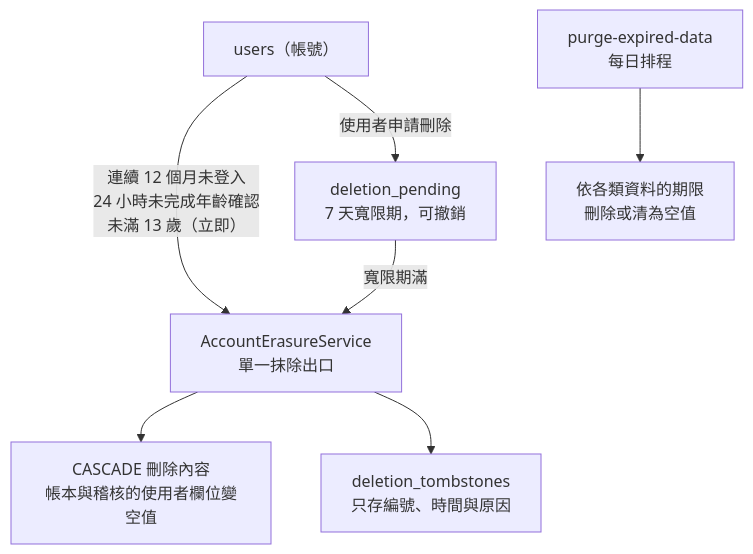
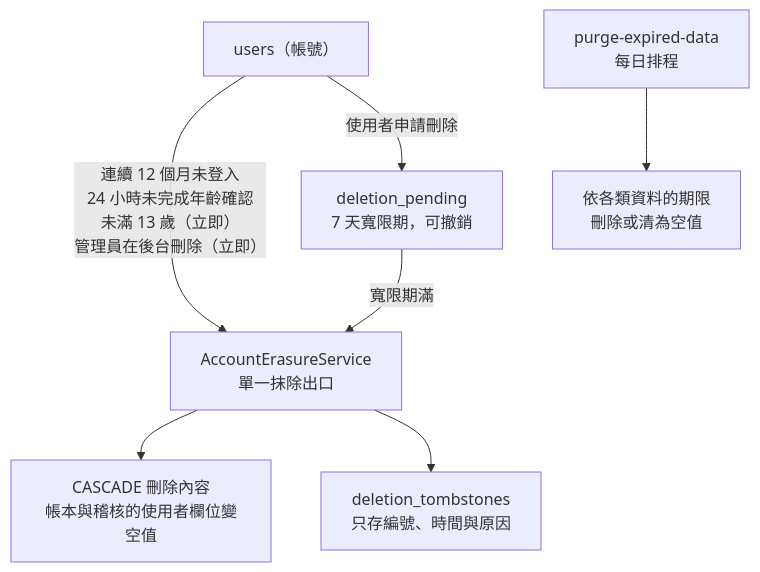
The ninth of 12 diagrams in docs/project資料結構文件.md (pp466pp466/R.A.C), drawn with Mermaid before and after one commit. The commit also changed other lines of this file and 9 other files, not shown here.

````diff
--- a/docs/project資料結構文件.md
+++ b/docs/project資料結構文件.md
@@ -1573,9 +1573,9 @@
 ```mermaid
 flowchart TD
-    Acc["users（帳號）"] -->|"連續 12 個月未登入<br/>24 小時未完成年齡確認<br/>未滿 13 歲（立即）"| Era["AccountErasureService<br/>單一抹除出口"]
+    Acc["users（帳號）"] -->|"連續 12 個月未登入<br/>24 小時未完成年齡確認<br/>未滿 13 歲（立即）<br/>管理員在後台刪除（立即）"| Era["AccountErasureService<br/>單一抹除出口"]
     Acc -->|"使用者申請刪除"| Pend["deletion_pending<br/>7 天寬限期，可撤銷"]
     Pend -->|"寬限期滿"| Era
     Era --> Wipe["CASCADE 刪除內容<br/>帳本與稽核的使用者欄位變空值"]
     Era --> Tomb["deletion_tombstones<br/>只存編號、時間與原因"]
     Purge["purge-expired-data<br/>每日排程"] --> Cut["依各類資料的期限<br/>刪除或清為空值"]
 ```
````
